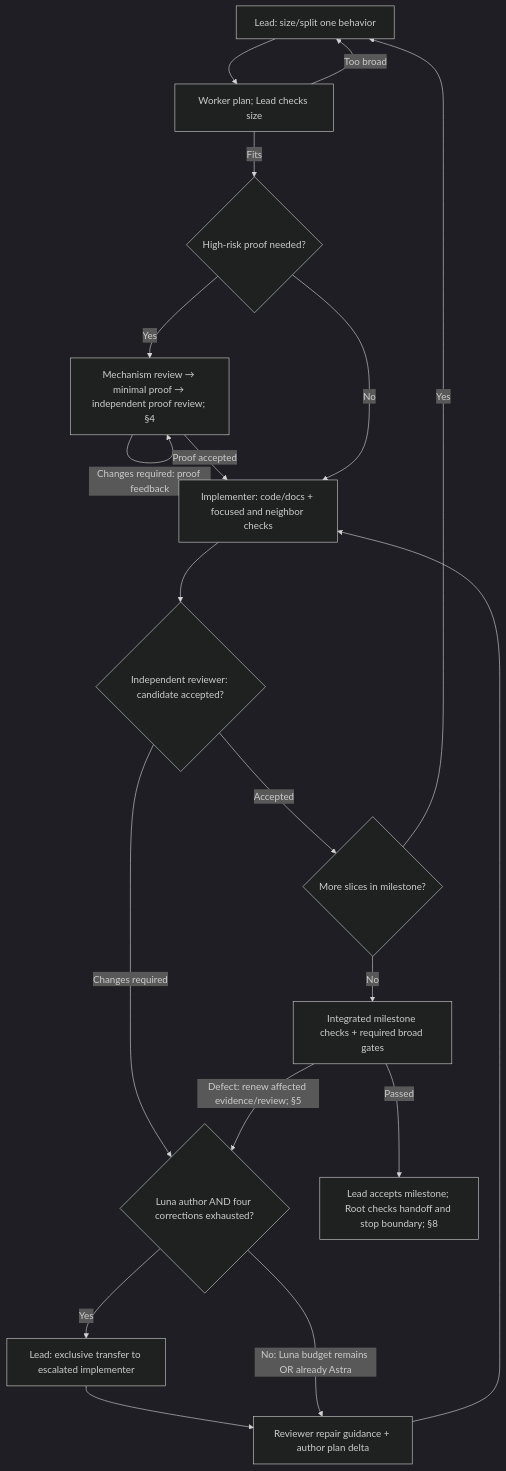
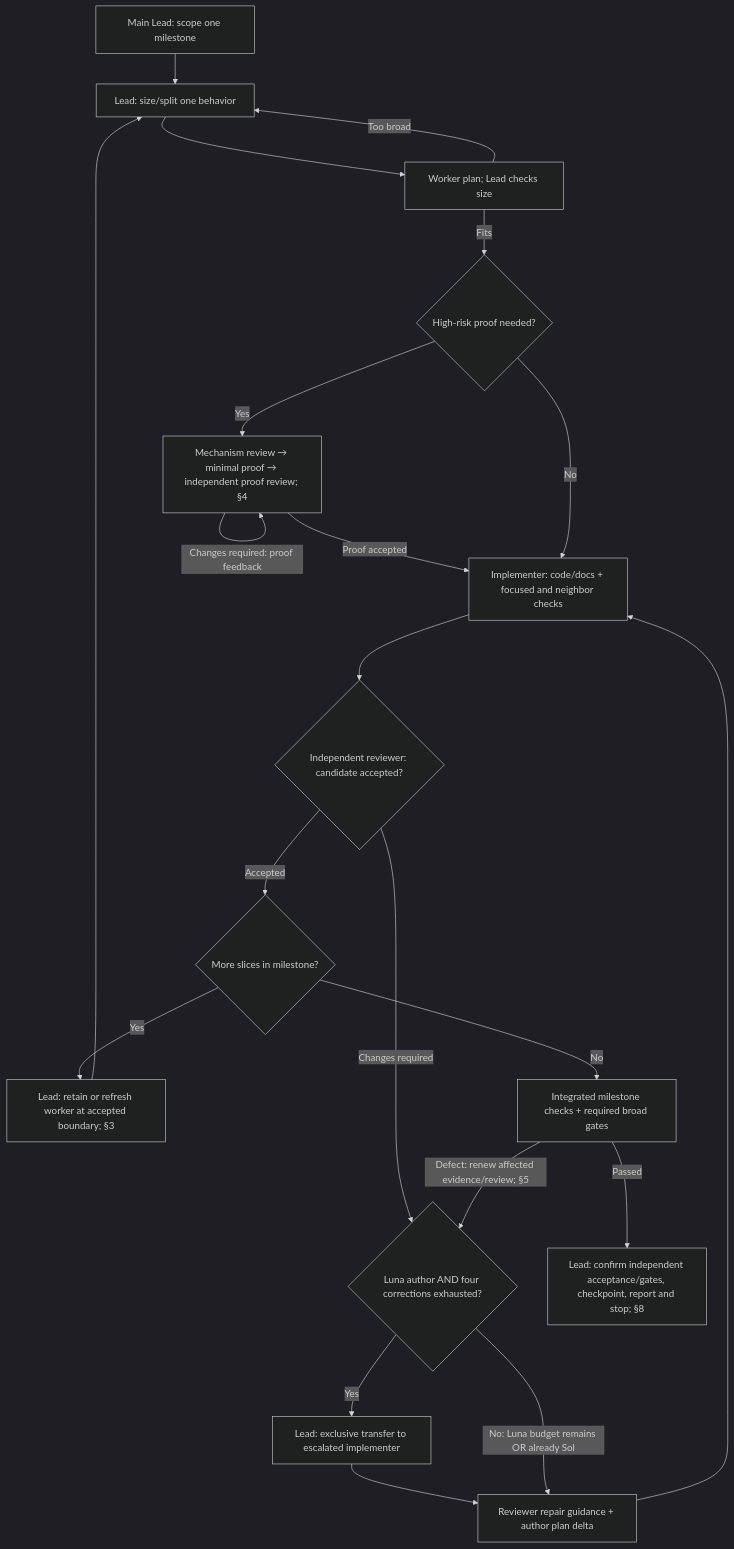
Before and after one commit to AquaGenLive/agentic-coding-setup: the diagram in Mac/.agents/skills/tech_codex_implement/SKILL.md, drawn with Mermaid (dark theme). The commit also changed other lines of this file, not shown here.

Commit message:
updated codex implementation skill (v11 for GPT 6) removed Assignment Lead and use new GPT-6 models

````diff
--- a/Mac/.agents/skills/tech_codex_implement/SKILL.md
+++ b/Mac/.agents/skills/tech_codex_implement/SKILL.md
@@ -59,21 +65,23 @@
 ```mermaid
 flowchart TD
-    S["Lead: size/split one behavior"] --> P["Worker plan; Lead checks size"]
+    L["Main Lead: scope one milestone"] --> S["Lead: size/split one behavior"]
+    S --> P["Worker plan; Lead checks size"]
     P -->|Too broad| S
     P -->|Fits| H{"High-risk proof needed?"}
     H -->|Yes| E["Mechanism review → minimal proof → independent proof review; §4"]
     E -->|Changes required: proof feedback| E
     E -->|Proof accepted| I["Implementer: code/docs + focused and neighbor checks"]
     H -->|No| I
     I --> R{"Independent reviewer: candidate accepted?"}
     R -->|Changes required| B{"Luna author AND four corrections exhausted?"}
     B -->|Yes| T["Lead: exclusive transfer to escalated implementer"]
     T --> F["Reviewer repair guidance + author plan delta"]
-    B -->|No: Luna budget remains OR already Astra| F
+    B -->|No: Luna budget remains OR already Sol| F
     F --> I
     R -->|Accepted| N{"More slices in milestone?"}
-    N -->|Yes| S
+    N -->|Yes| C["Lead: retain or refresh worker at accepted boundary; §3"]
+    C --> S
     N -->|No| G["Integrated milestone checks + required broad gates"]
     G -->|Defect: renew affected evidence/review; §5| B
-    G -->|Passed| A["Lead accepts milestone; Root checks handoff and stop boundary; §8"]
+    G -->|Passed| A["Lead: confirm independent acceptance/gates, checkpoint, report and stop; §8"]
 ```
````
